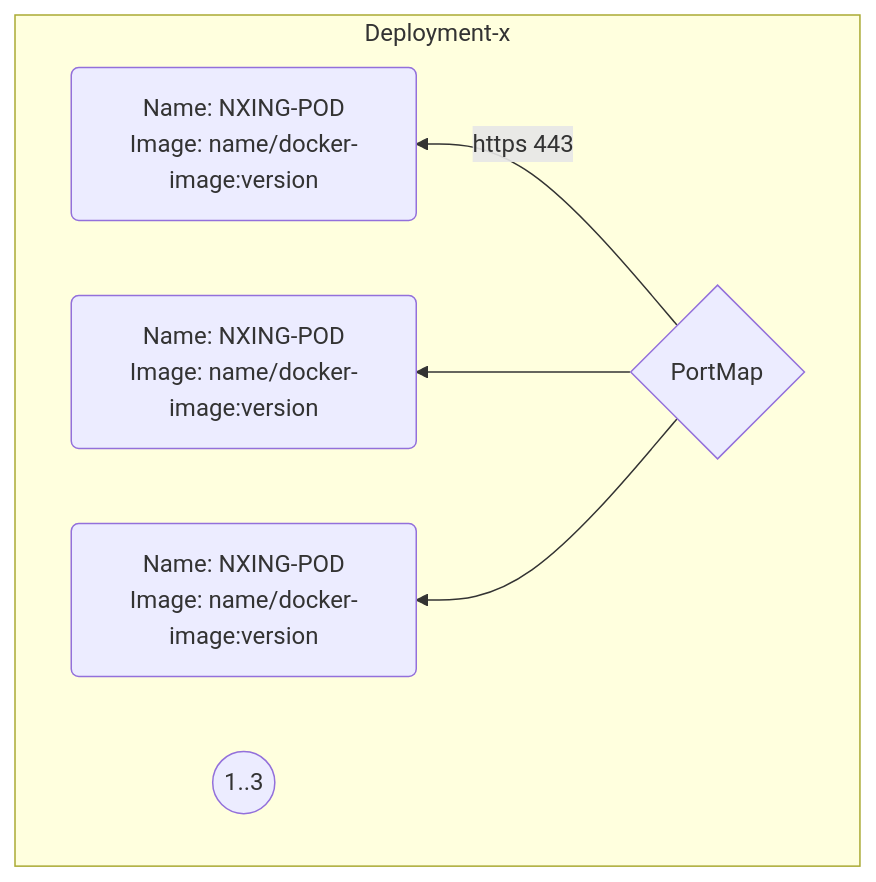
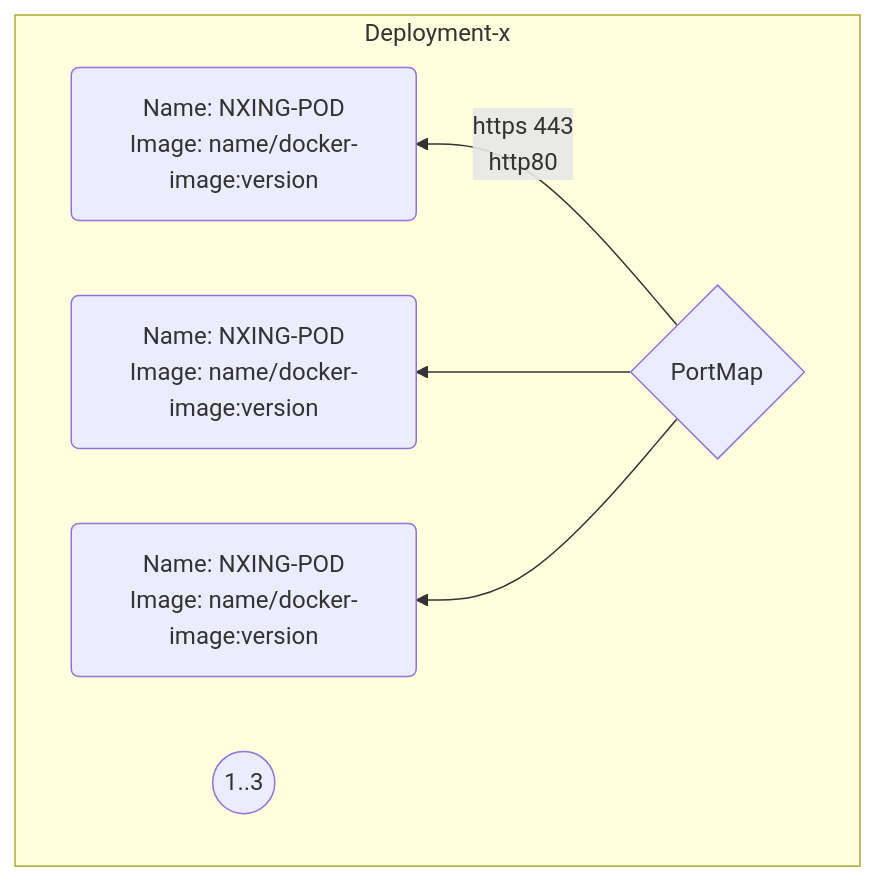
The diagram in README.md (TimRoos98/rendering), drawn with Mermaid before and after one commit.

````diff
--- a/README.md
+++ b/README.md
@@ -1,14 +1,14 @@
 ```mermaid
 flowchart TD
     subgraph Deployment-x
         direction RL
         G{PortMap}
         scalar((1..3))
-        G--https 443-->Container-1("`Name: NXING-POD
+        G--https 443\nhttp80-->Container-1("`Name: NXING-POD
                         Image: name/docker-image:version`")
         G-->Container-2("`Name: NXING-POD
                         Image: name/docker-image:version`")
         G-->Container-3("`Name: NXING-POD
                         Image: name/docker-image:version`")
     end
 ```
````
